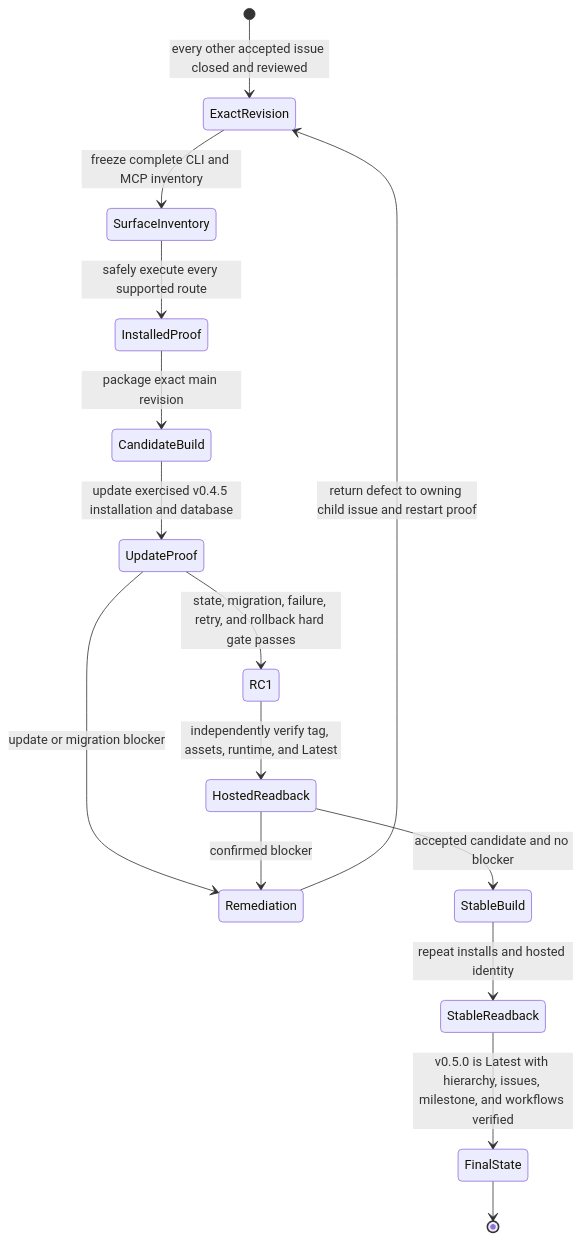
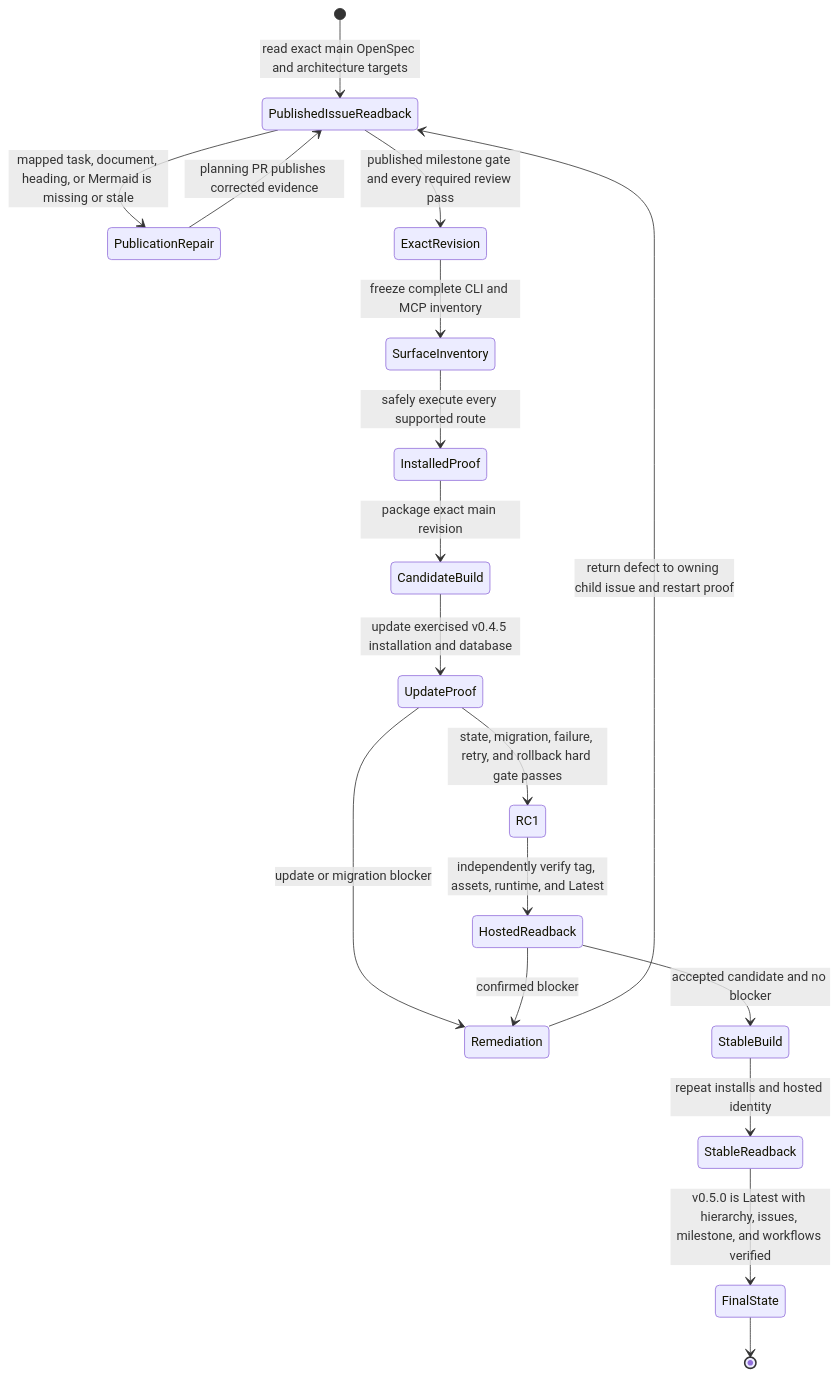
Diagram 25 of 25 in docs/v050-release-architecture.md (styler-ai/ProjectAtlas), drawn with Mermaid before and after one commit. The commit also changed 5 other files, not shown here.

````diff
--- a/docs/v050-release-architecture.md
+++ b/docs/v050-release-architecture.md
@@ -359,17 +359,20 @@
 ```mermaid
 stateDiagram-v2
-  [*] --> ExactRevision: every other accepted issue closed and reviewed
+  [*] --> PublishedIssueReadback: read exact main OpenSpec and architecture targets
+  PublishedIssueReadback --> PublicationRepair: mapped task, document, heading, or Mermaid is missing or stale
+  PublicationRepair --> PublishedIssueReadback: planning PR publishes corrected evidence
+  PublishedIssueReadback --> ExactRevision: published milestone gate and every required review pass
   ExactRevision --> SurfaceInventory: freeze complete CLI and MCP inventory
   SurfaceInventory --> InstalledProof: safely execute every supported route
   InstalledProof --> CandidateBuild: package exact main revision
   CandidateBuild --> UpdateProof: update exercised v0.4.5 installation and database
   UpdateProof --> RC1: state, migration, failure, retry, and rollback hard gate passes
   UpdateProof --> Remediation: update or migration blocker
   RC1 --> HostedReadback: independently verify tag, assets, runtime, and Latest
   HostedReadback --> Remediation: confirmed blocker
-  Remediation --> ExactRevision: return defect to owning child issue and restart proof
+  Remediation --> PublishedIssueReadback: return defect to owning child issue and restart proof
   HostedReadback --> StableBuild: accepted candidate and no blocker
   StableBuild --> StableReadback: repeat installs and hosted identity
   StableReadback --> FinalState: v0.5.0 is Latest with hierarchy, issues, milestone, and workflows verified
   FinalState --> [*]
 ```
````
